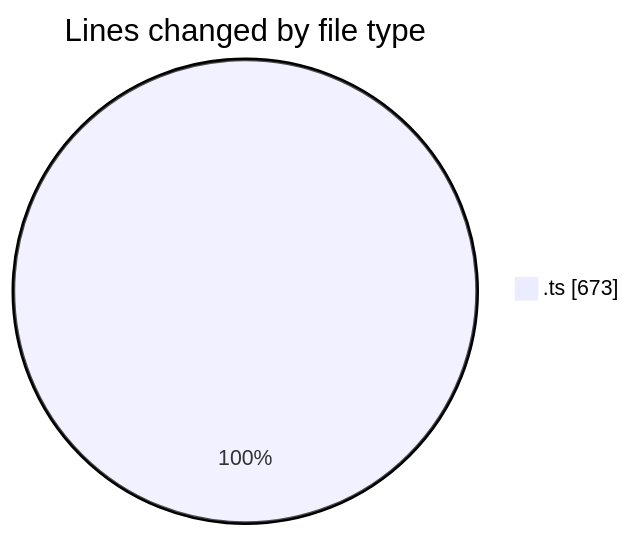
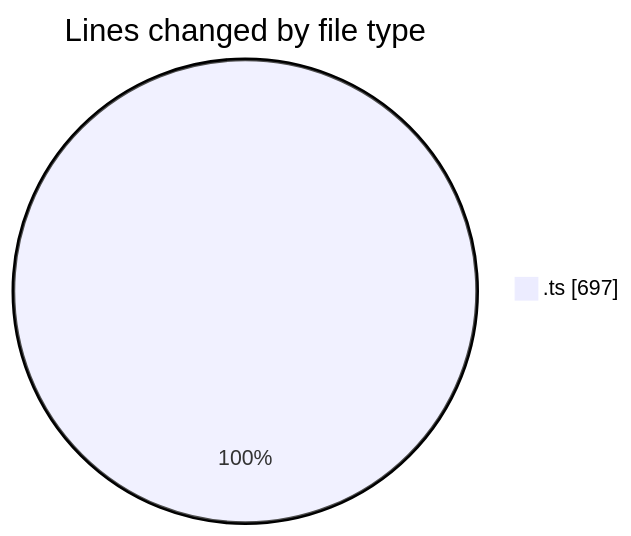
One commit to robertbonfada/code-tracking changed the first of 2 diagrams in 2025-03-13/lumine-web/README.md. Above: the diagram before and after it, drawn with Mermaid. The commit also changed other lines of this file and 1 other file, not shown here.

````diff
--- a/2025-03-13/lumine-web/README.md
+++ b/2025-03-13/lumine-web/README.md
@@ -21,5 +22,5 @@
 ```mermaid
 pie showData
 title Lines changed by file type
-".ts" : 673
+".ts" : 697
 ```
````
